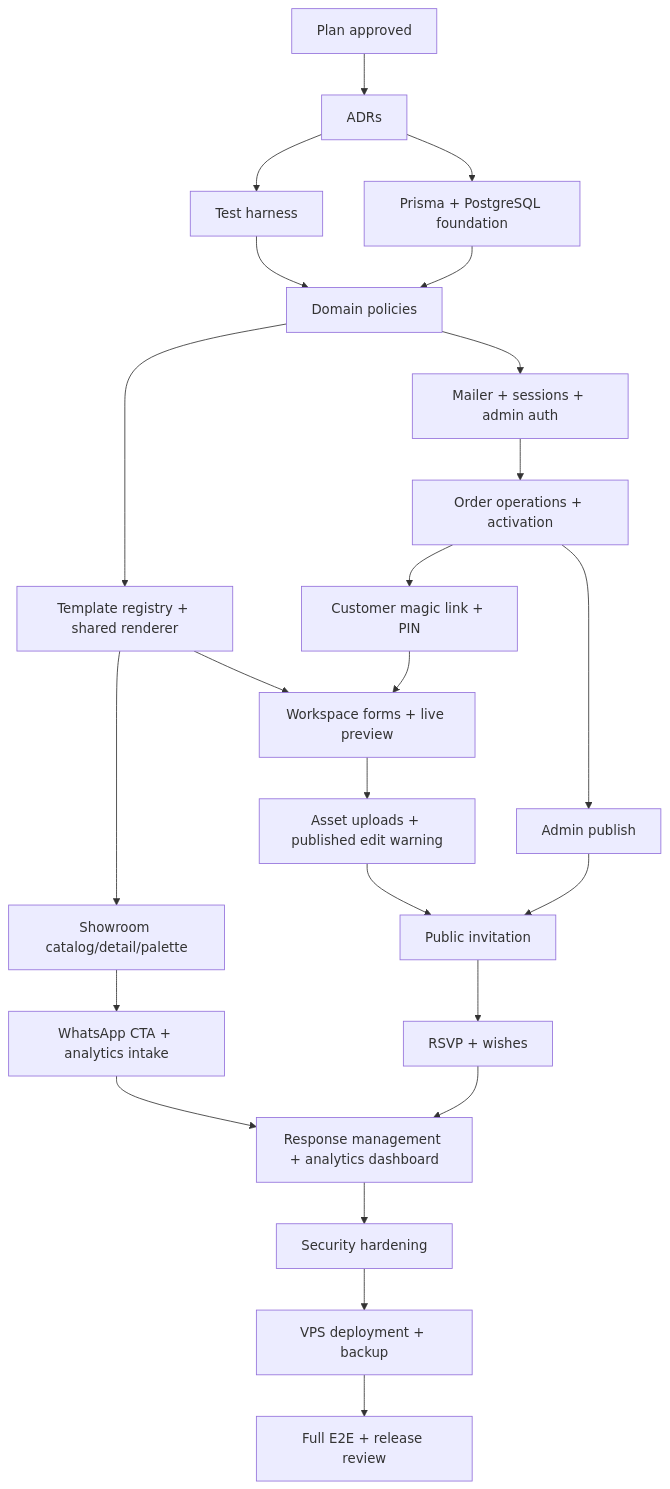
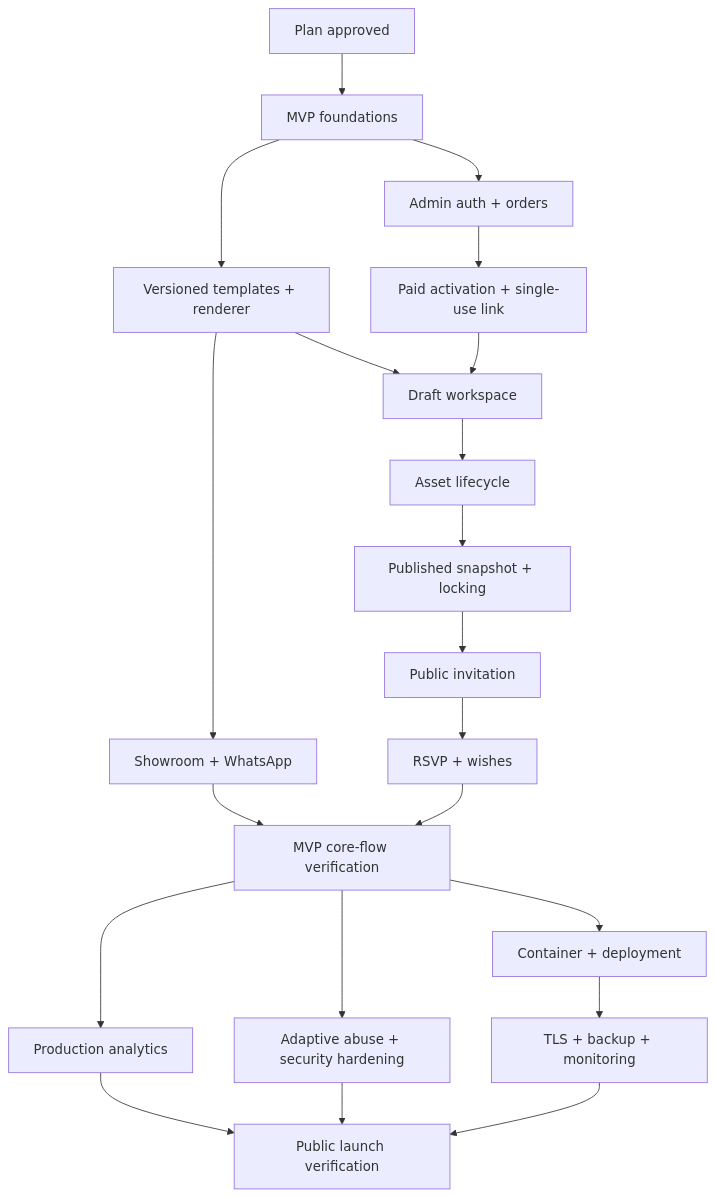
Before and after one commit to farreladelm/kamukamiundang: the fifth of 5 diagrams in tasks/plan.md, drawn with Mermaid. The commit also changed other lines of this file and 3 other files, not shown here.

````diff
--- a/tasks/plan.md
+++ b/tasks/plan.md
@@ -267,26 +329,24 @@
 ```mermaid
 flowchart TD
-  A[Plan approved] --> B[ADRs]
-  B --> C[Test harness]
-  B --> D[Prisma + PostgreSQL foundation]
-  C --> E[Domain policies]
-  D --> E
-  E --> F[Template registry + shared renderer]
-  F --> G[Showroom catalog/detail/palette]
-  G --> H[WhatsApp CTA + analytics intake]
-  E --> I[Mailer + sessions + admin auth]
-  I --> J[Order operations + activation]
-  J --> K[Customer magic link + PIN]
-  F --> L[Workspace forms + live preview]
+  A[Plan approved] --> B[MVP foundations]
+  B --> C[Versioned templates + renderer]
+  C --> D[Showroom + WhatsApp]
+  B --> E[Admin auth + orders]
+  E --> F[Paid activation + single-use link]
+  C --> G[Draft workspace]
+  F --> G
+  G --> H[Asset lifecycle]
+  H --> I[Published snapshot + locking]
+  I --> J[Public invitation]
+  J --> K[RSVP + wishes]
+  D --> L[MVP core-flow verification]
   K --> L
-  L --> M[Asset uploads + published edit warning]
-  J --> N[Admin publish]
-  M --> O[Public invitation]
-  N --> O
-  O --> P[RSVP + wishes]
-  P --> Q[Response management + analytics dashboard]
-  H --> Q
-  Q --> R[Security hardening]
-  R --> S[VPS deployment + backup]
-  S --> T[Full E2E + release review]
+
+  L --> M[Production analytics]
+  L --> N[Adaptive abuse + security hardening]
+  L --> O[Container + deployment]
+  O --> P[TLS + backup + monitoring]
+  M --> Q[Public launch verification]
+  N --> Q
+  P --> Q
 ```
````
